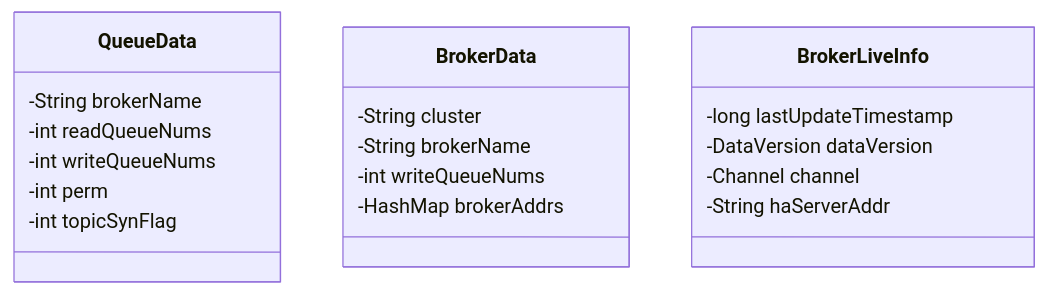
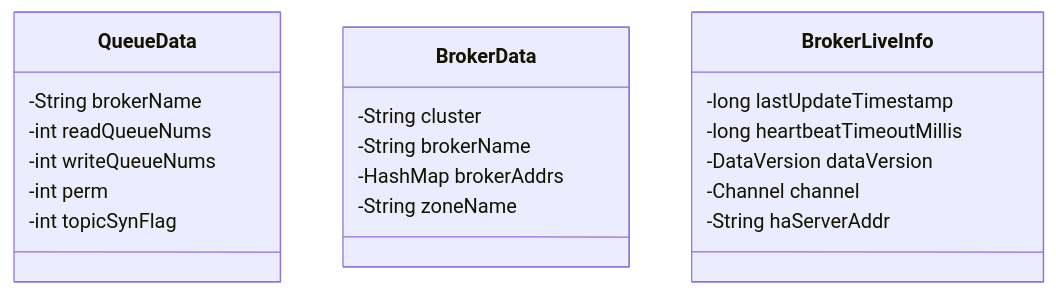
One commit to itlemon/CodingGuide changed the diagram in docs/resources/middleware/rocketmq/2-2NameServer的路由管理机制.md. Above: the diagram before and after it, drawn with Mermaid. The commit also changed other lines of this file, not shown here.

````diff
--- a/docs/resources/middleware/rocketmq/2-2NameServer的路由管理机制.md
+++ b/docs/resources/middleware/rocketmq/2-2NameServer的路由管理机制.md
@@ -51,22 +62,23 @@
 ```mermaid
 classDiagram
-    class QueueData{
+  class QueueData{
 	    -String brokerName
 	    -int readQueueNums
 	    -int writeQueueNums
 	    -int perm
 	    -int topicSynFlag
 	}
 	class BrokerData{
 	    -String cluster
 	    -String brokerName
-	    -int writeQueueNums
 	    -HashMap brokerAddrs
+	    -String zoneName
 	}
 	class BrokerLiveInfo{
 	    -long lastUpdateTimestamp
+	    -long heartbeatTimeoutMillis
 	    -DataVersion dataVersion
 	    -Channel channel
 	    -String haServerAddr
 	}
 ```
````
